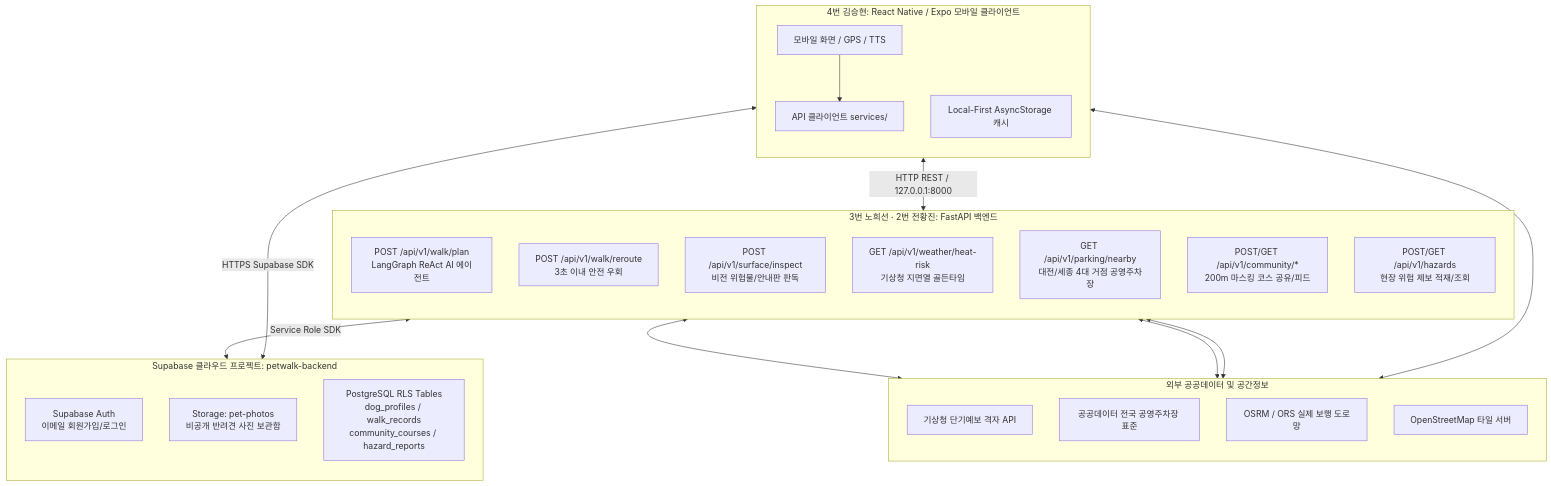
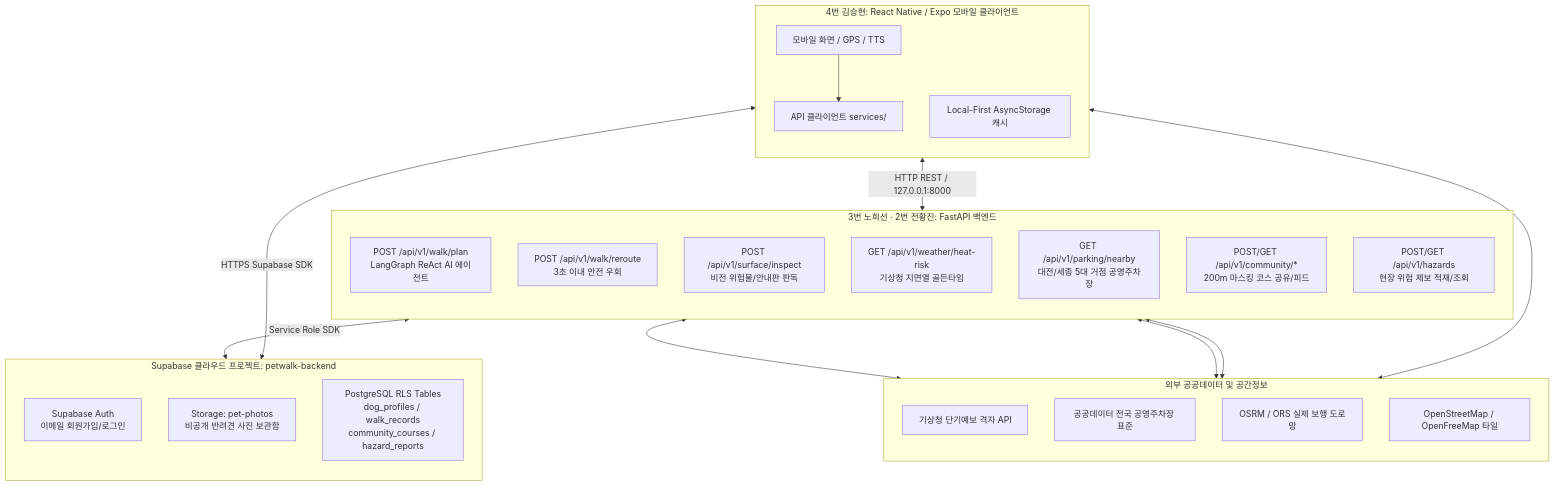
One commit to gigantess/pet_walk_t01 changed the diagram in docs/07_편한하개_API_list.md. Above: the diagram before and after it, drawn with Mermaid. The commit also changed other lines of this file and 8 other files, not shown here.

````diff
--- a/docs/07_편한하개_API_list.md
+++ b/docs/07_편한하개_API_list.md
@@ -17,44 +19,44 @@
 ```mermaid
 flowchart TB
     subgraph Client [4번 김승현: React Native / Expo 모바일 클라이언트]
         direction TB
         C1[모바일 화면 / GPS / TTS]
         C2[Local-First AsyncStorage 캐시]
         C3[API 클라이언트 services/]
     end
 
     subgraph CoreBackend [3번 노희선 · 2번 전황진: FastAPI 백엔드]
         direction TB
         B1[POST /api/v1/walk/plan<br/>LangGraph ReAct AI 에이전트]
         B2[POST /api/v1/walk/reroute<br/>3초 이내 안전 우회]
         B3[POST /api/v1/surface/inspect<br/>비전 위험물/안내판 판독]
         B4[GET /api/v1/weather/heat-risk<br/>기상청 지면열 골든타임]
-        B5[GET /api/v1/parking/nearby<br/>대전/세종 4대 거점 공영주차장]
+        B5[GET /api/v1/parking/nearby<br/>대전/세종 5대 거점 공영주차장]
         B6[POST/GET /api/v1/community/*<br/>200m 마스킹 코스 공유/피드]
         B7[POST/GET /api/v1/hazards<br/>현장 위험 제보 적재/조회]
     end
 
     subgraph SupabaseCloud [Supabase 클라우드 프로젝트: petwalk-backend]
         direction TB
         S1[Supabase Auth<br/>이메일 회원가입/로그인]
         S2[Storage: pet-photos<br/>비공개 반려견 사진 보관함]
         S3[PostgreSQL RLS Tables<br/>dog_profiles / walk_records<br/>community_courses / hazard_reports]
     end
 
     subgraph ExternalAPIs [외부 공공데이터 및 공간정보]
         direction TB
         E1[기상청 단기예보 격자 API]
         E2[공공데이터 전국 공영주차장 표준]
         E3[OSRM / ORS 실제 보행 도로망]
-        E4[OpenStreetMap 타일 서버]
+        E4[OpenStreetMap / OpenFreeMap 타일]
     end
 
     C1 --> C3
     C3 <-->|HTTP REST / 127.0.0.1:8000| CoreBackend
     C3 <-->|HTTPS Supabase SDK| SupabaseCloud
     CoreBackend <-->|Service Role SDK| SupabaseCloud
     CoreBackend <--> E1
     CoreBackend <--> E2
     CoreBackend <--> E3
     C1 <--> E4
 ```
````
